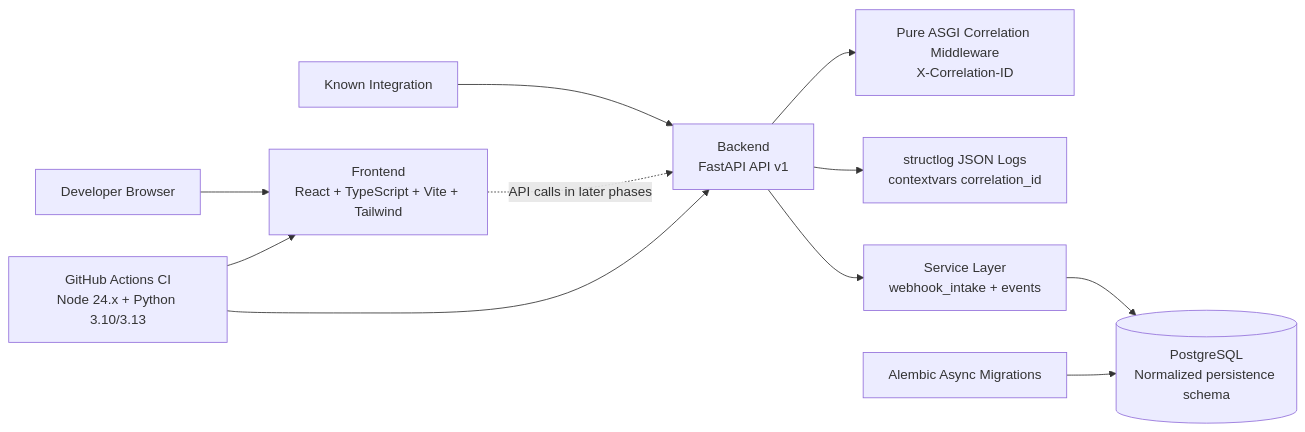
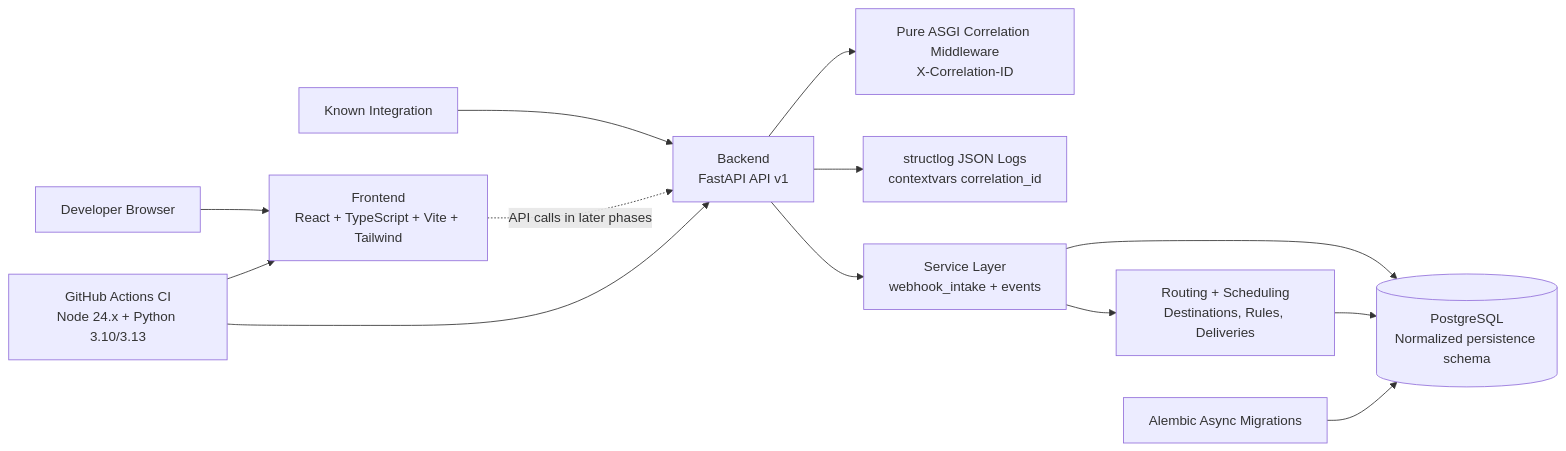
Before and after one commit to iayushmahajan/relayguard: the diagram in docs/architecture.md, drawn with Mermaid. The commit also changed other lines of this file and 17 other files, not shown here.

````diff
--- a/docs/architecture.md
+++ b/docs/architecture.md
@@ -3,13 +3,15 @@
 ```mermaid
 flowchart LR
   U[Developer Browser] --> F[Frontend\nReact + TypeScript + Vite + Tailwind]
   W[Known Integration] --> B[Backend\nFastAPI API v1]
   F -. API calls in later phases .-> B
   B --> C[Pure ASGI Correlation Middleware\nX-Correlation-ID]
   B --> L[structlog JSON Logs\ncontextvars correlation_id]
   B --> S[Service Layer\nwebhook_intake + events]
+  S --> R[Routing + Scheduling\nDestinations, Rules, Deliveries]
   S --> D[(PostgreSQL\nNormalized persistence schema)]
+  R --> D
   M[Alembic Async Migrations] --> D
   CI[GitHub Actions CI\nNode 24.x + Python 3.10/3.13] --> F
   CI --> B
 ```
````
